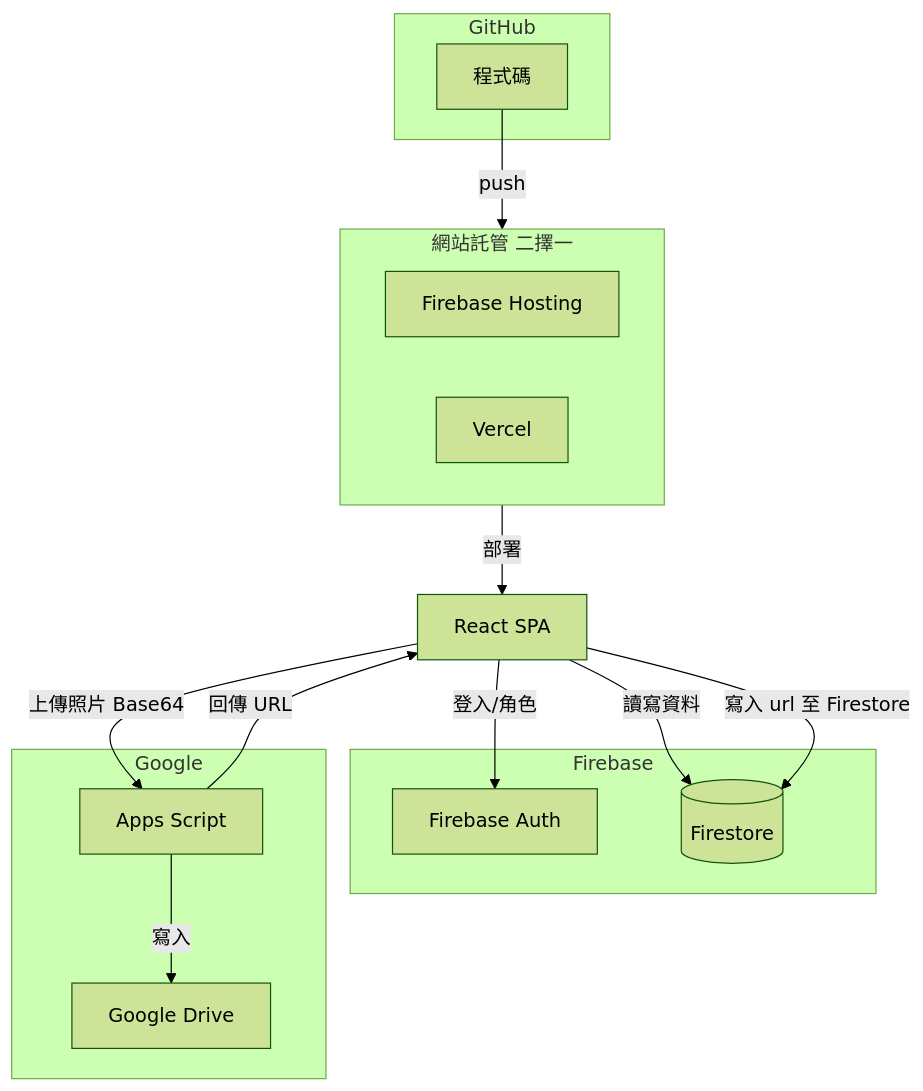
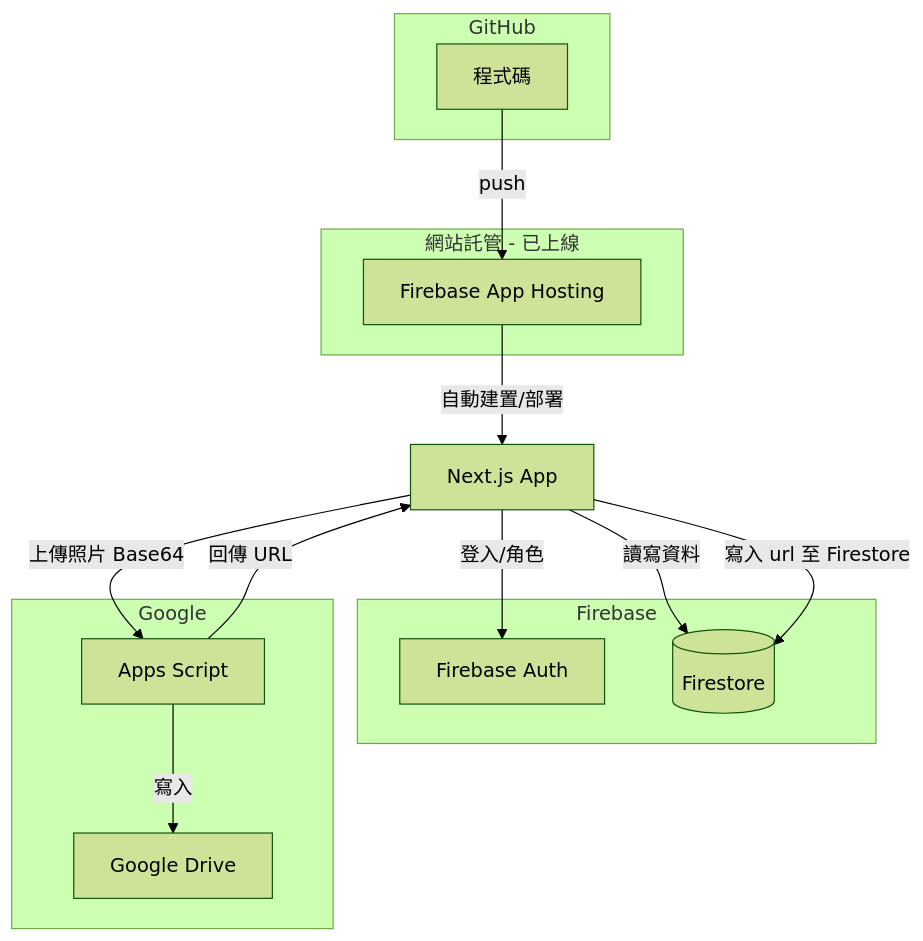
One commit to fish0048-ai/School changed the diagram in .cursor/plans/906班網全端優化計畫_e91e5c95.plan.md. Above: the diagram before and after it, drawn with Mermaid (forest theme). The commit also changed other lines of this file, not shown here.

````diff
--- a/.cursor/plans/906班網全端優化計畫_e91e5c95.plan.md
+++ b/.cursor/plans/906班網全端優化計畫_e91e5c95.plan.md
@@ -34,32 +55,31 @@
 ```mermaid
 flowchart TB
     subgraph repo [GitHub]
         Code[程式碼]
     end
     
-    subgraph hosting [網站託管 二擇一]
-        FirebaseHosting[Firebase Hosting]
-        Vercel[Vercel]
+    subgraph hosting [網站託管 - 已上線]
+        AppHosting[Firebase App Hosting]
     end
     
     subgraph firebase [Firebase]
         Auth[Firebase Auth]
         Firestore[(Firestore)]
     end
     
     subgraph drive [Google]
         AppsScript[Apps Script]
         GoogleDrive[Google Drive]
     end
     
-    ReactApp[React SPA]
+    ReactApp[Next.js App]
     
-    Code -->|push| hosting
-    hosting -->|部署| ReactApp
+    Code -->|push| AppHosting
+    AppHosting -->|自動建置/部署| ReactApp
     ReactApp -->|登入/角色| Auth
     ReactApp -->|讀寫資料| Firestore
     ReactApp -->|上傳照片 Base64| AppsScript
     AppsScript -->|寫入| GoogleDrive
     AppsScript -->|回傳 URL| ReactApp
     ReactApp -->|寫入 url 至 Firestore| Firestore
 ```
````
